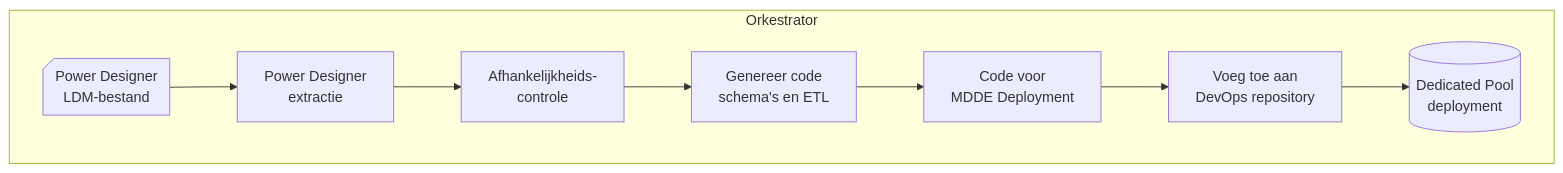
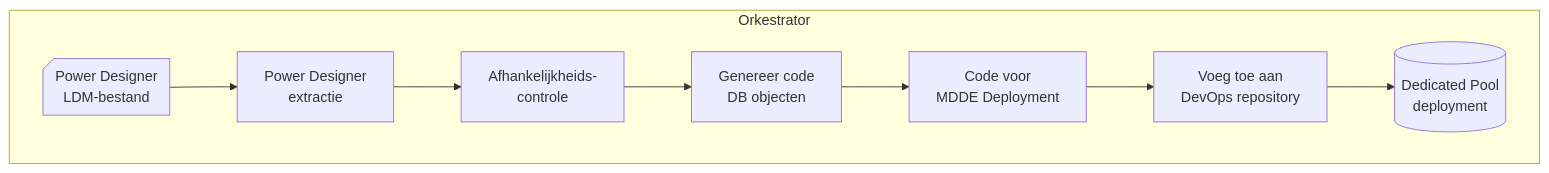
One commit to mark-me/temp changed the diagram in etl_templates/docs/index.md. Above: the diagram before and after it, drawn with Mermaid. The commit also changed other lines of this file and 4 other files, not shown here.

````diff
--- a/etl_templates/docs/index.md
+++ b/etl_templates/docs/index.md
@@ -9,14 +9,14 @@
 ```mermaid
 flowchart LR
     PDDocument@{ shape: notch-rect, label: "Power Designer<br>LDM-bestand" }
     RETW@{ shape: rect, label: "Power Designer<br>extractie" }
     Dependency@{ shape: rect, label: "Afhankelijkheids-<br>controle" }
-    Generator@{ shape: rect, label: "Genereer code<br>schema's en ETL" }
+    Generator@{ shape: rect, label: "Genereer code<br>DB objecten" }
     DeployMDDE@{ shape: rect, label: "Code voor<br>MDDE Deployment"}
     RepositoryHandler@{ shape: rect, label: "Voeg toe aan<br>DevOps repository" }
     DedicatedPool@{ shape: database, label: "Dedicated Pool<br>deployment" }
     subgraph Orkestrator
         direction LR
         PDDocument --> RETW --> Dependency --> Generator --> DeployMDDE --> RepositoryHandler --> DedicatedPool
     end
 ```
````
